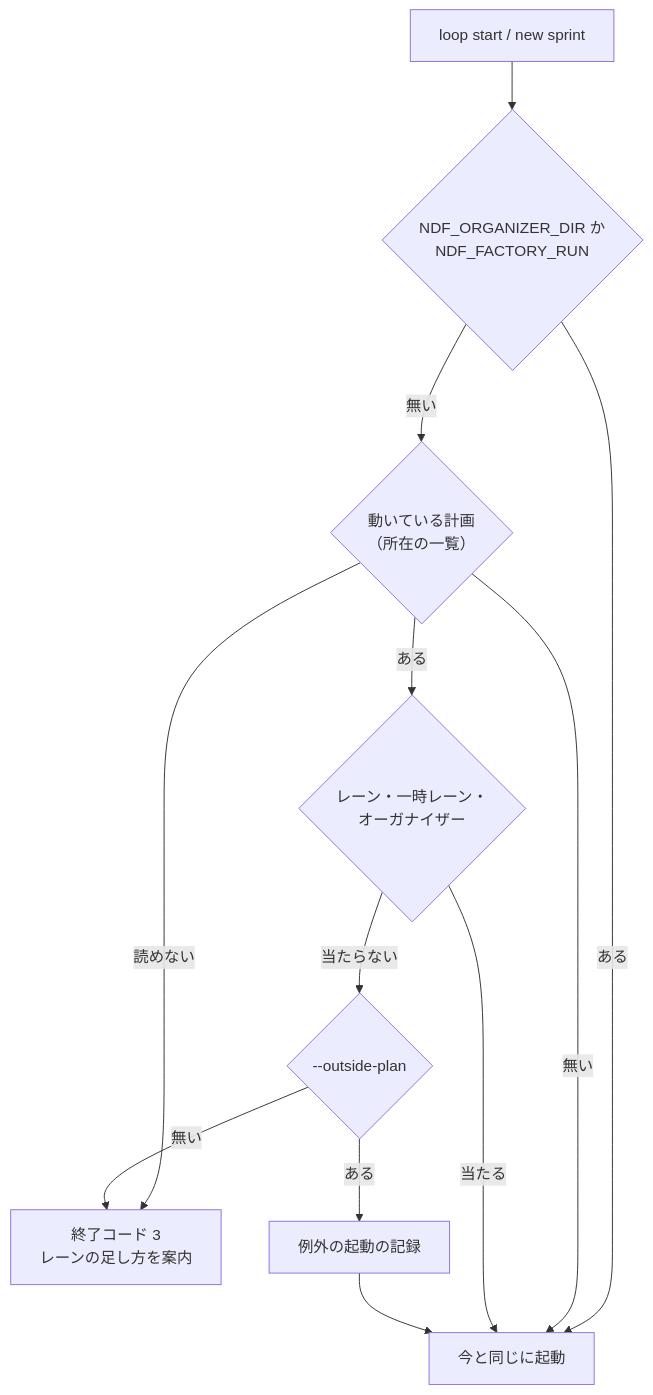
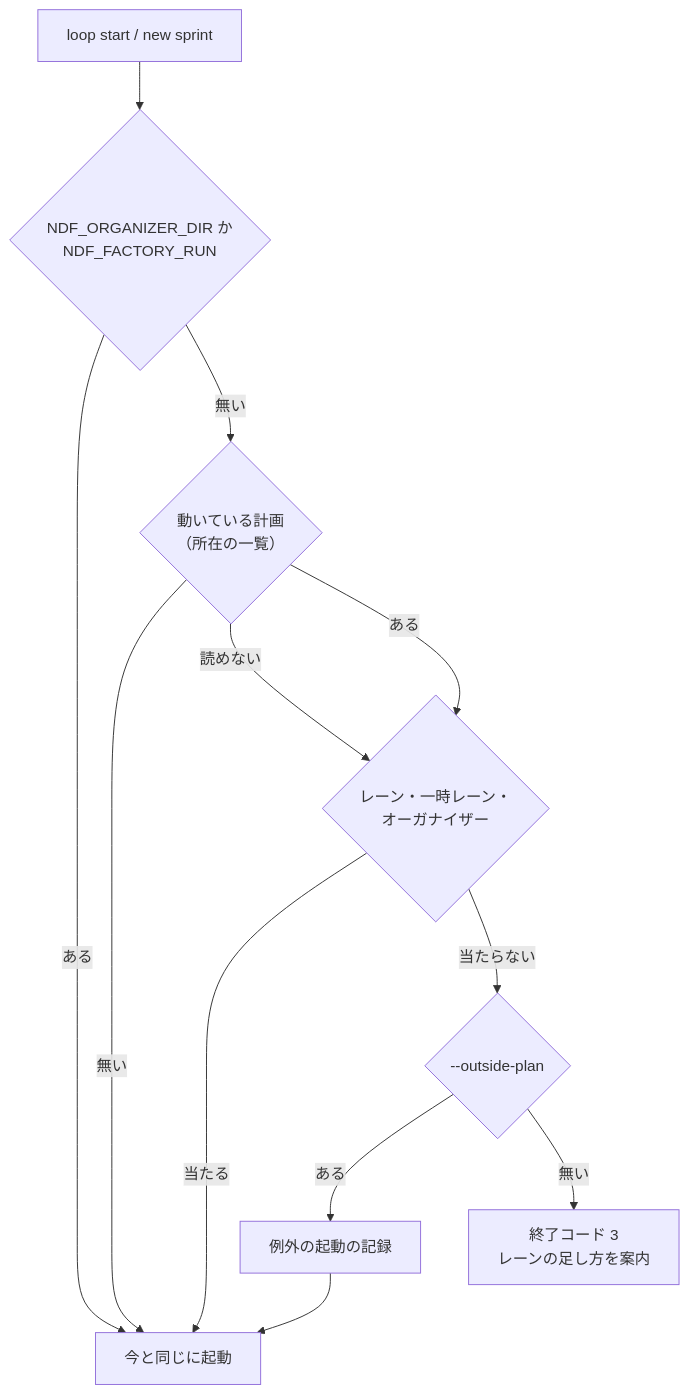
One commit to devbasex/ai-plugins changed the fourth of 5 diagrams in issues/issue-2733-design.md. Above: the diagram before and after it, drawn with Mermaid. The commit also changed other lines of this file and 3 other files, not shown here.

````diff
--- a/issues/issue-2733-design.md
+++ b/issues/issue-2733-design.md
@@ -370,13 +373,13 @@
 ```mermaid
 graph TD
     S[loop start / new sprint] --> F{NDF_ORGANIZER_DIR か<br/>NDF_FACTORY_RUN}
     F -->|ある| PASS[今と同じに起動]
     F -->|無い| R{動いている計画<br/>（所在の一覧）}
     R -->|無い| PASS
-    R -->|読めない| STOP
+    R -->|読めない| M
     R -->|ある| M{レーン・一時レーン・<br/>オーガナイザー}
     M -->|当たる| PASS
     M -->|当たらない| E{--outside-plan}
     E -->|ある| LOG[例外の起動の記録] --> PASS
     E -->|無い| STOP[終了コード 3<br/>レーンの足し方を案内]
 ```
````
